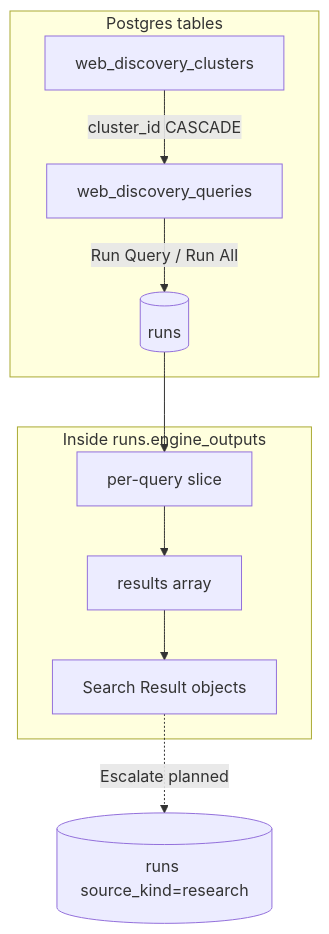
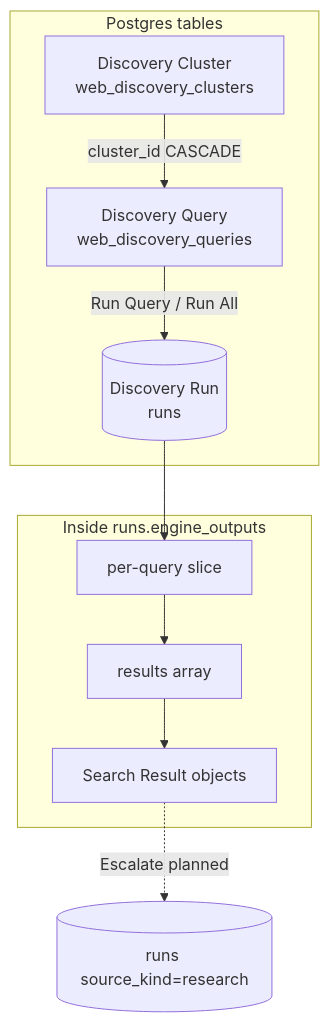
One commit to Growth-Maschine/NORAD-INTEL-ENGINE-V1 changed the third of 10 diagrams in docs/phase-1/P1-04-admin.md. Above: the diagram before and after it, drawn with Mermaid. The commit also changed other lines of this file and 9 other files, not shown here.

````diff
--- a/docs/phase-1/P1-04-admin.md
+++ b/docs/phase-1/P1-04-admin.md
@@ -722,22 +734,22 @@
 ```mermaid
 flowchart TB
     subgraph Tables["Postgres tables"]
-        WDC[web_discovery_clusters]
-        WDQ[web_discovery_queries]
-        RUNS[(runs)]
+        DC[Discovery Cluster<br/>web_discovery_clusters]
+        DQ[Discovery Query<br/>web_discovery_queries]
+        RUNS[(Discovery Run<br/>runs)]
     end
 
     subgraph JSON["Inside runs.engine_outputs"]
         SLICE["per-query slice"]
         SR["results array"]
         ITEM["Search Result objects"]
     end
 
-    WDC -->|cluster_id CASCADE| WDQ
-    WDQ -->|Run Query / Run All| RUNS
+    DC -->|cluster_id CASCADE| DQ
+    DQ -->|Run Query / Run All| RUNS
     RUNS --> SLICE
     SLICE --> SR
     SR --> ITEM
 
     ITEM -.->|Escalate planned| RUNS2[(runs source_kind=research)]
 ```
````
